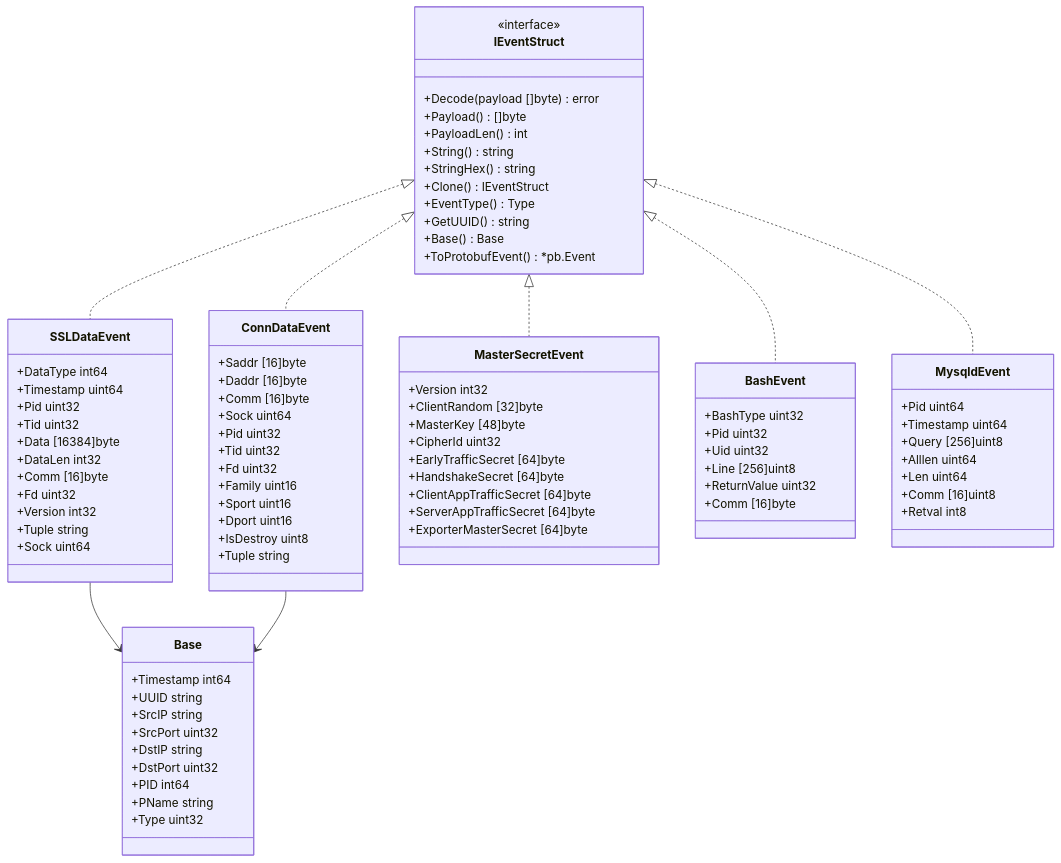
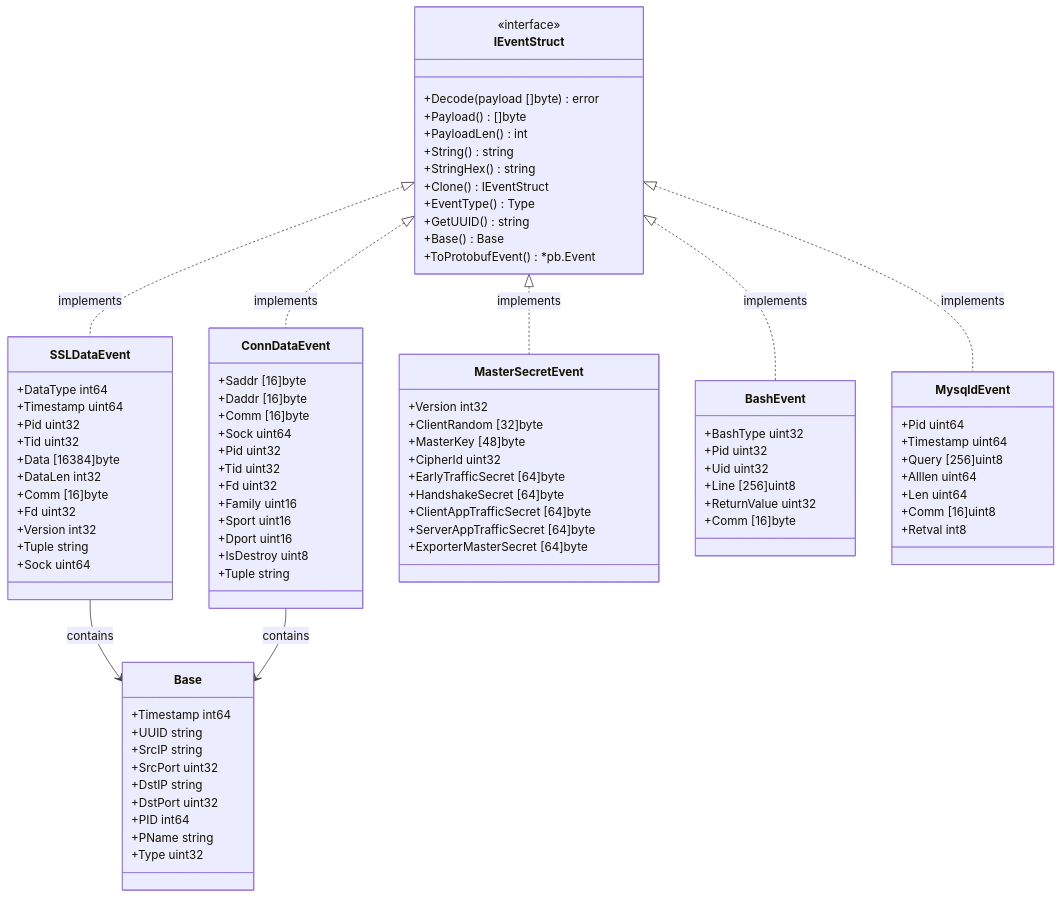
One commit to gojue/ecapture.cc changed the eighth of 11 diagrams in src/zh/2-architecture/2.2-event-processing-pipeline.md. Above: the diagram before and after it, drawn with Mermaid. The commit also changed other lines of this file and 70 other files, not shown here.

Commit message:
feat: update sidebar and navigation links for architecture and shell command auditing sections

````diff
--- a/src/zh/2-architecture/2.2-event-processing-pipeline.md
+++ b/src/zh/2-architecture/2.2-event-processing-pipeline.md
@@ -754,12 +754,12 @@
         +Retval int8
     }
     
-    IEventStruct <|.. SSLDataEvent
-    IEventStruct <|.. ConnDataEvent
-    IEventStruct <|.. MasterSecretEvent
-    IEventStruct <|.. BashEvent
-    IEventStruct <|.. MysqldEvent
+    IEventStruct <|.. SSLDataEvent: implements
+    IEventStruct <|.. ConnDataEvent: implements
+    IEventStruct <|.. MasterSecretEvent: implements
+    IEventStruct <|.. BashEvent: implements
+    IEventStruct <|.. MysqldEvent: implements
     
-    SSLDataEvent --> Base
-    ConnDataEvent --> Base
+    SSLDataEvent --> Base: contains
+    ConnDataEvent --> Base: contains
 ```
````
